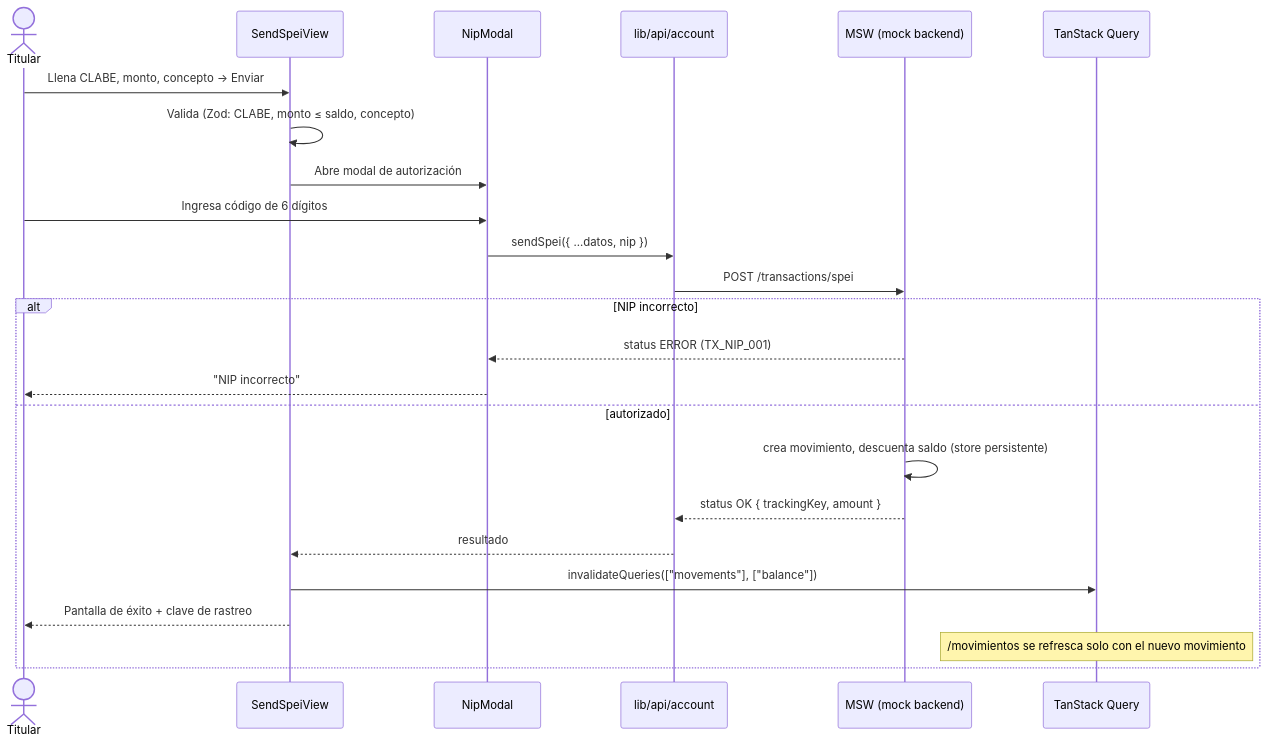
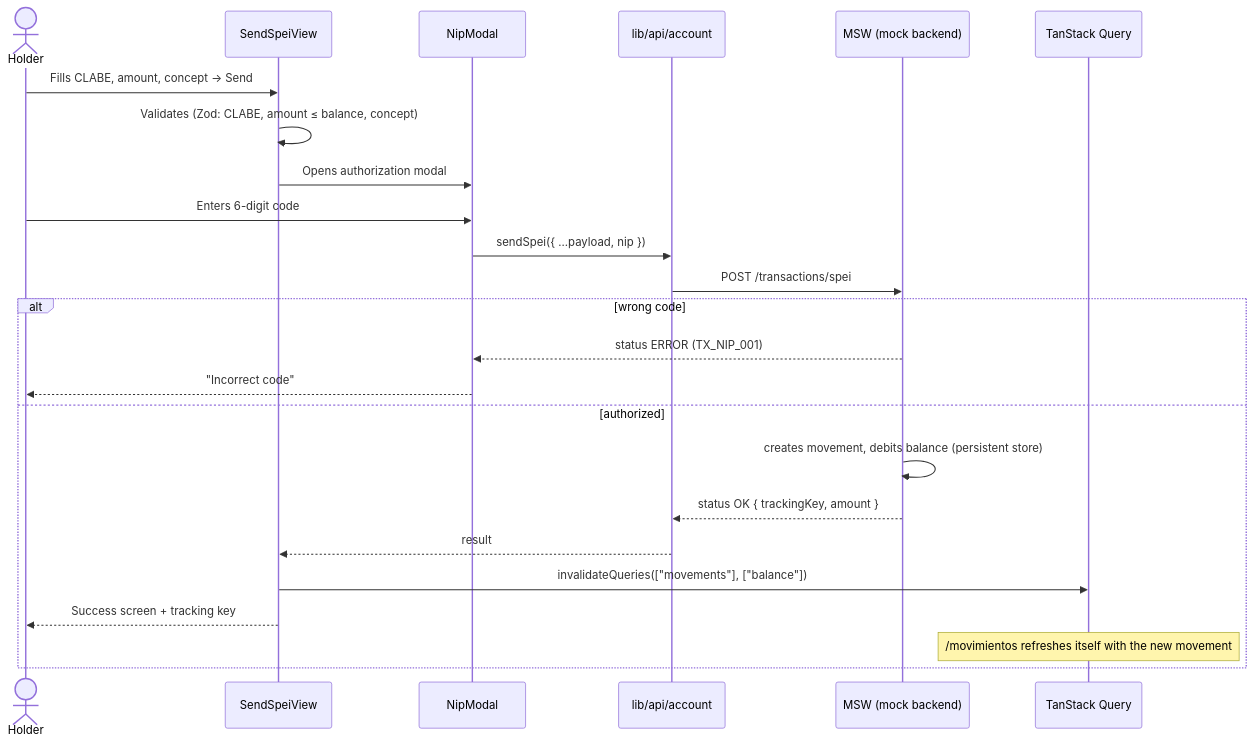
Before and after one commit to saulfrancoMeda/platform-natural-person: the second of 4 diagrams in README.md, drawn with Mermaid. The commit also changed other lines of this file, not shown here.

````diff
--- a/README.md
+++ b/README.md
@@ -392,27 +444,27 @@
 ```mermaid
 sequenceDiagram
-    actor U as Titular
+    actor U as Holder
     participant F as SendSpeiView
     participant N as NipModal
     participant API as lib/api/account
     participant MSW as MSW (mock backend)
     participant Q as TanStack Query
 
-    U->>F: Llena CLABE, monto, concepto → Enviar
-    F->>F: Valida (Zod: CLABE, monto ≤ saldo, concepto)
-    F->>N: Abre modal de autorización
-    U->>N: Ingresa código de 6 dígitos
-    N->>API: sendSpei({ ...datos, nip })
+    U->>F: Fills CLABE, amount, concept → Send
+    F->>F: Validates (Zod: CLABE, amount ≤ balance, concept)
+    F->>N: Opens authorization modal
+    U->>N: Enters 6-digit code
+    N->>API: sendSpei({ ...payload, nip })
     API->>MSW: POST /transactions/spei
-    alt NIP incorrecto
+    alt wrong code
         MSW-->>N: status ERROR (TX_NIP_001)
-        N-->>U: "NIP incorrecto"
-    else autorizado
-        MSW->>MSW: crea movimiento, descuenta saldo (store persistente)
+        N-->>U: "Incorrect code"
+    else authorized
+        MSW->>MSW: creates movement, debits balance (persistent store)
         MSW-->>API: status OK { trackingKey, amount }
-        API-->>F: resultado
+        API-->>F: result
         F->>Q: invalidateQueries(["movements"], ["balance"])
-        F-->>U: Pantalla de éxito + clave de rastreo
-        Note over Q: /movimientos se refresca solo con el nuevo movimiento
+        F-->>U: Success screen + tracking key
+        Note over Q: /movimientos refreshes itself with the new movement
     end
 ```
````
